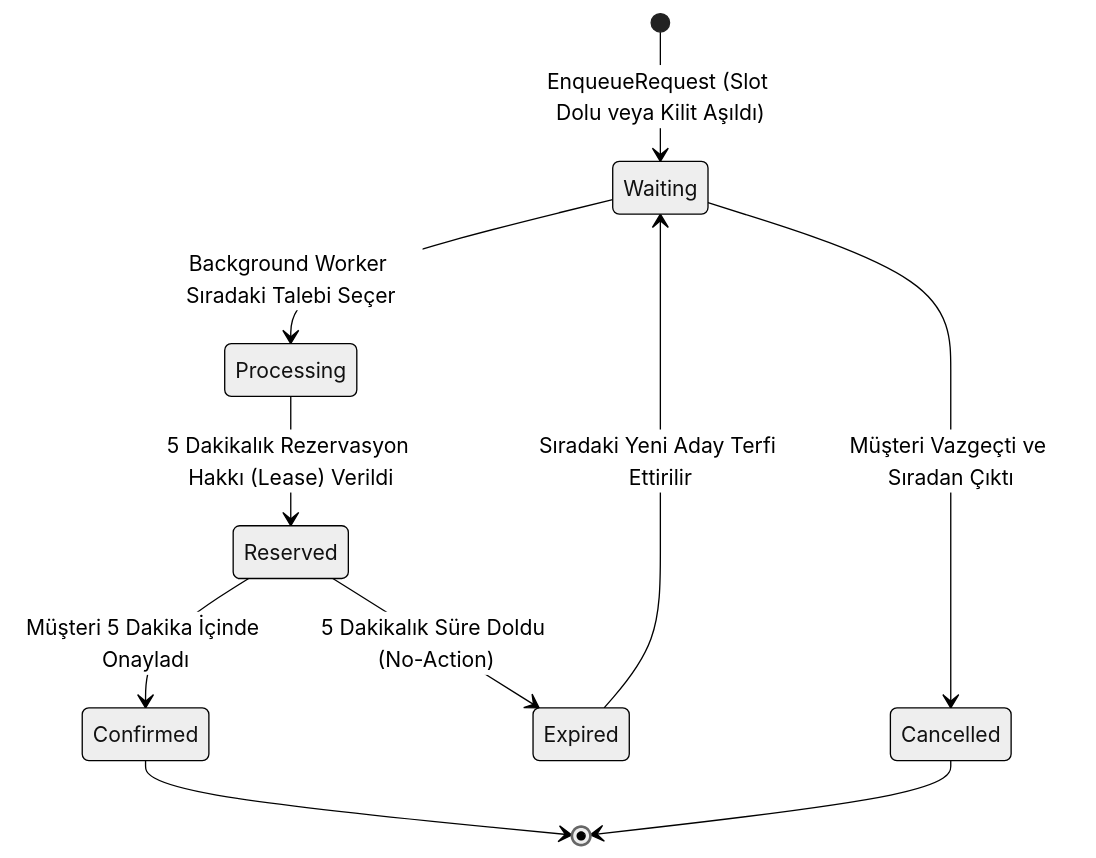
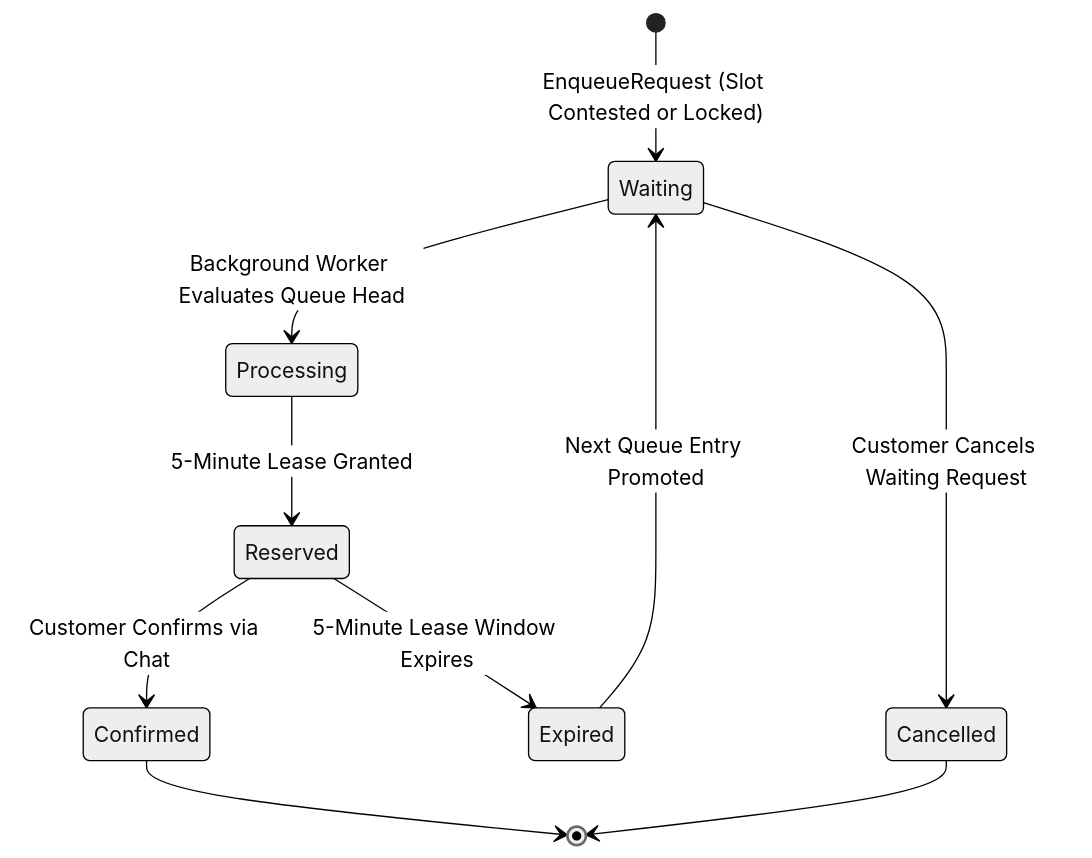
Before and after one commit to mustafaalkan64/appointment-ai-assistant: the fourth of 5 diagrams in README.md, drawn with Mermaid (neutral theme). The commit also changed other lines of this file, not shown here.

````diff
--- a/README.md
+++ b/README.md
@@ -333,12 +333,12 @@
 ```mermaid
 stateDiagram-v2
-    [*] --> Waiting : EnqueueRequest (Slot Dolu veya Kilit Aşıldı)
-    Waiting --> Processing : Background Worker Sıradaki Talebi Seçer
-    Processing --> Reserved : 5 Dakikalık Rezervasyon Hakkı (Lease) Verildi
-    Reserved --> Confirmed : Müşteri 5 Dakika İçinde Onayladı
-    Reserved --> Expired : 5 Dakikalık Süre Doldu (No-Action)
-    Expired --> Waiting : Sıradaki Yeni Aday Terfi Ettirilir
-    Waiting --> Cancelled : Müşteri Vazgeçti ve Sıradan Çıktı
+    [*] --> Waiting : EnqueueRequest (Slot Contested or Locked)
+    Waiting --> Processing : Background Worker Evaluates Queue Head
+    Processing --> Reserved : 5-Minute Lease Granted
+    Reserved --> Confirmed : Customer Confirms via Chat
+    Reserved --> Expired : 5-Minute Lease Window Expires
+    Expired --> Waiting : Next Queue Entry Promoted
+    Waiting --> Cancelled : Customer Cancels Waiting Request
     Confirmed --> [*]
     Cancelled --> [*]
 ```
````
